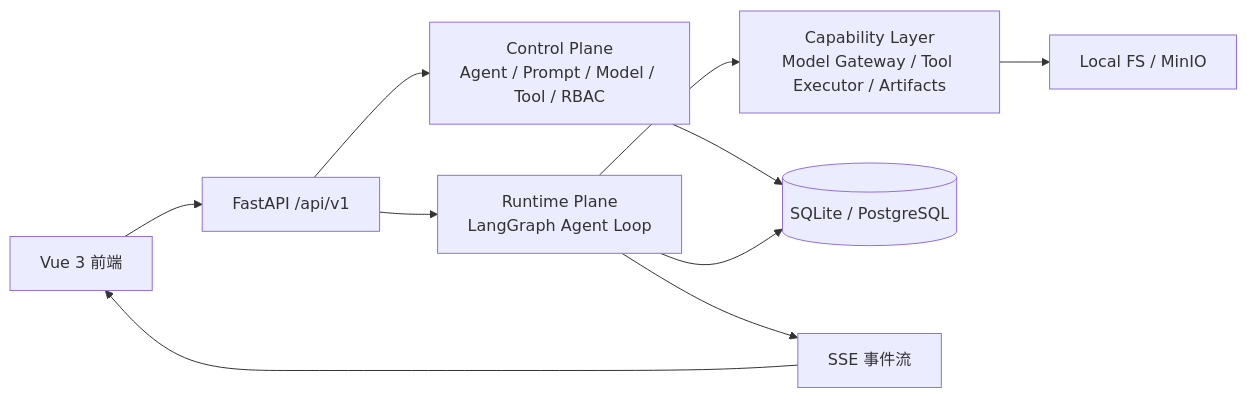
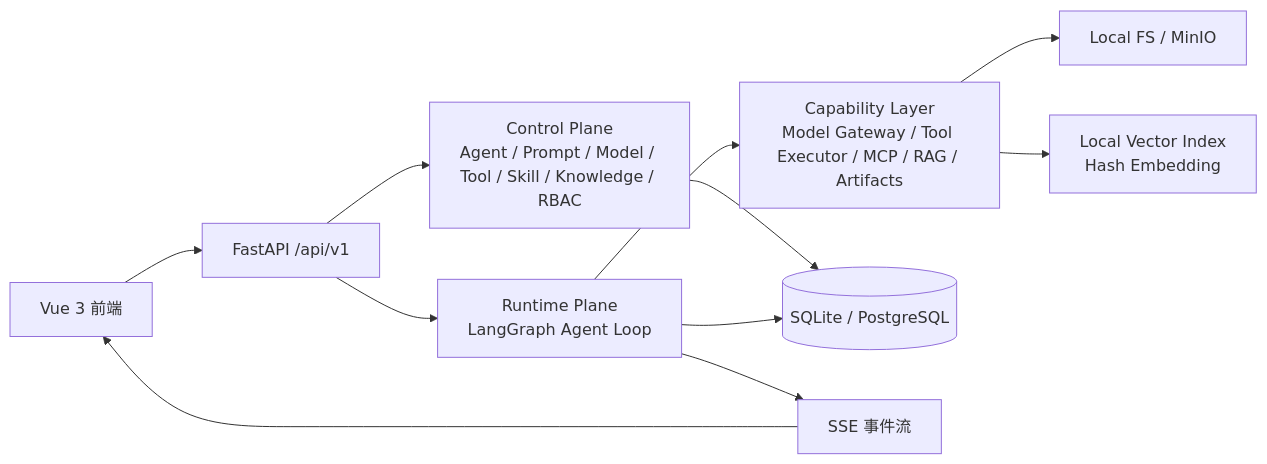
Before and after one commit to FlyingBassHot/enterprise-agent-platform: the diagram in README.md, drawn with Mermaid. The commit also changed other lines of this file and 65 other files, not shown here.

First line of the commit message:
feat: phase 3 knowledge, skills and MCP integration

````diff
--- a/README.md
+++ b/README.md
@@ -13,12 +13,13 @@
 ```mermaid
 flowchart LR
   UI[Vue 3 前端] --> API[FastAPI /api/v1]
-  API --> CP[Control Plane\nAgent / Prompt / Model / Tool / RBAC]
+  API --> CP[Control Plane\nAgent / Prompt / Model / Tool / Skill / Knowledge / RBAC]
   API --> RT[Runtime Plane\nLangGraph Agent Loop]
-  RT --> CAP[Capability Layer\nModel Gateway / Tool Executor / Artifacts]
+  RT --> CAP[Capability Layer\nModel Gateway / Tool Executor / MCP / RAG / Artifacts]
   CP --> DB[(SQLite / PostgreSQL)]
   RT --> DB
   CAP --> FS[Local FS / MinIO]
+  CAP --> VEC[Local Vector Index\nHash Embedding]
   RT --> SSE[SSE 事件流]
   SSE --> UI
 ```
````
